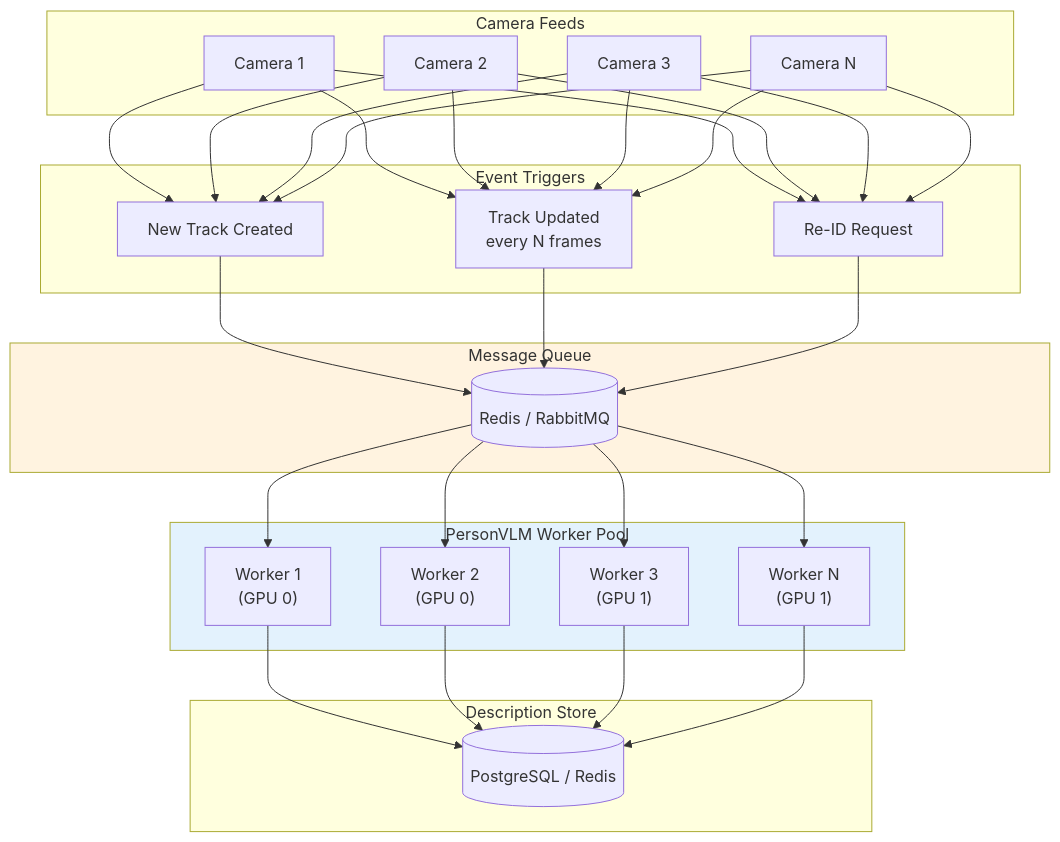
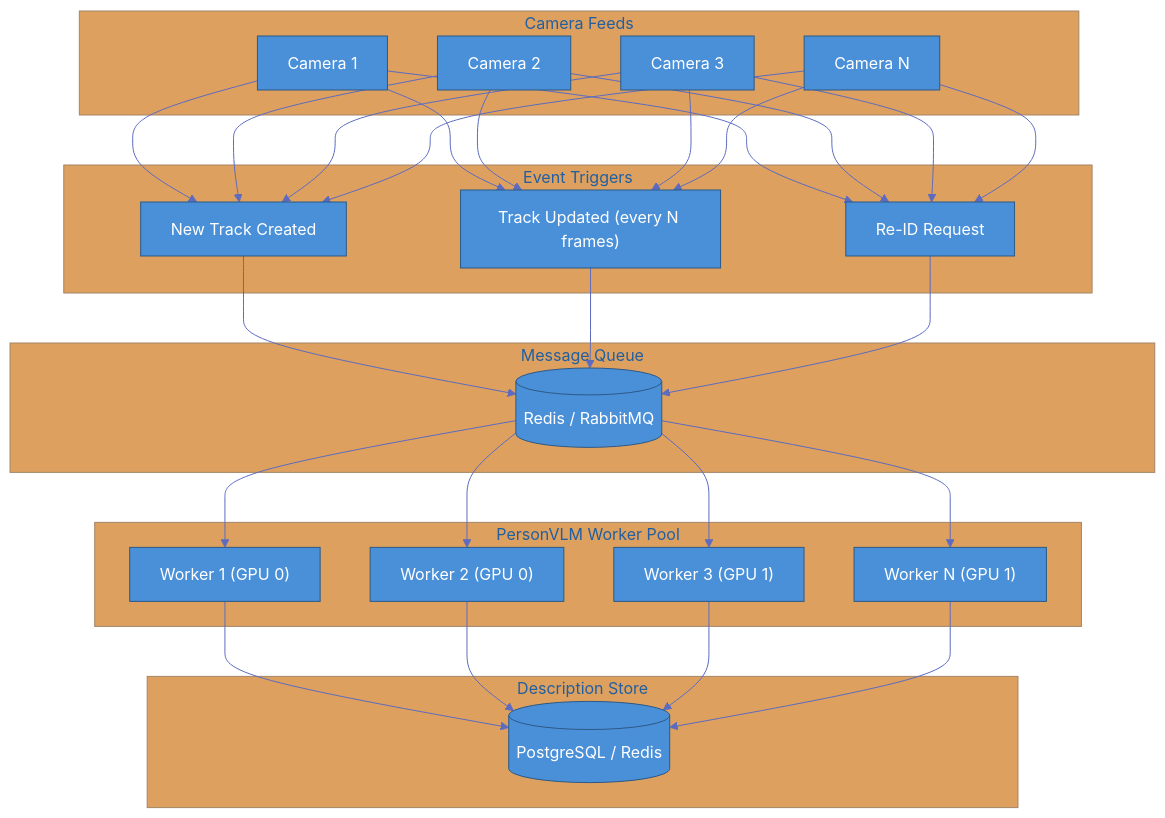
Before and after one commit to rishi02102017/Metafusion-Task: the eighth of 11 diagrams in README.md, drawn with Mermaid. The commit also changed other lines of this file, not shown here.

Commit message:
Fix Mermaid diagram visibility - remove problematic fill colors and add base theme

````diff
--- a/README.md
+++ b/README.md
@@ -485,38 +422,36 @@
 ```mermaid
+%%{init: {'theme': 'base', 'themeVariables': { 'primaryColor': '#4a90d9', 'primaryTextColor': '#fff', 'primaryBorderColor': '#2d5986', 'lineColor': '#5c6bc0'}}}%%
 flowchart TB
     subgraph Cameras["Camera Feeds"]
         C1[Camera 1]
         C2[Camera 2]
         C3[Camera 3]
         CN[Camera N]
     end
 
     subgraph Triggers["Event Triggers"]
         T1[New Track Created]
-        T2[Track Updated<br/>every N frames]
+        T2["Track Updated (every N frames)"]
         T3[Re-ID Request]
     end
 
     subgraph Queue["Message Queue"]
         MQ[(Redis / RabbitMQ)]
     end
 
     subgraph Workers["PersonVLM Worker Pool"]
-        W1["Worker 1<br/>(GPU 0)"]
-        W2["Worker 2<br/>(GPU 0)"]
-        W3["Worker 3<br/>(GPU 1)"]
-        W4["Worker N<br/>(GPU 1)"]
+        W1["Worker 1 (GPU 0)"]
+        W2["Worker 2 (GPU 0)"]
+        W3["Worker 3 (GPU 1)"]
+        W4["Worker N (GPU 1)"]
     end
 
     subgraph Storage["Description Store"]
         DB[(PostgreSQL / Redis)]
     end
 
     C1 & C2 & C3 & CN --> T1 & T2 & T3
     T1 & T2 & T3 --> MQ
     MQ --> W1 & W2 & W3 & W4
     W1 & W2 & W3 & W4 --> DB
-
-    style Queue fill:#fff3e0
-    style Workers fill:#e3f2fd
 ```
````
